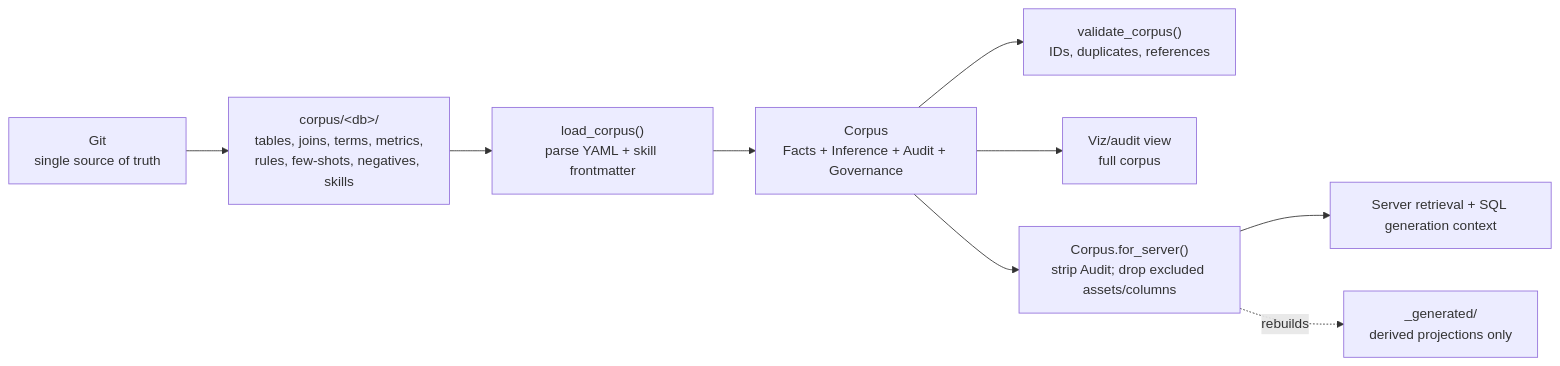
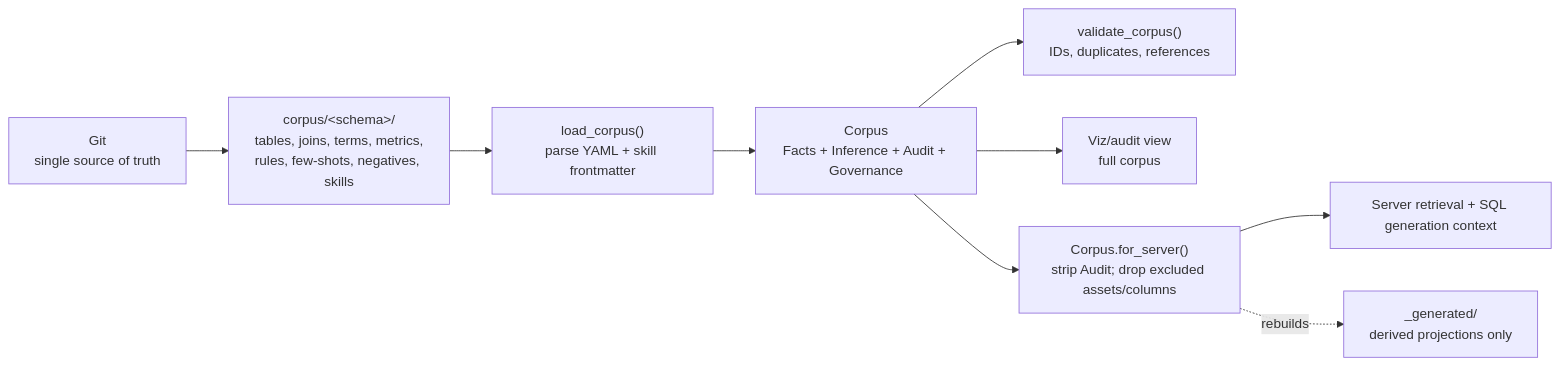
Before and after one commit to Minhao-Zhang/governed-bi: the first of 6 diagrams in docs/diagrams/corpus.zh.md, drawn with Mermaid. The commit also changed other lines of this file and 85 other files, not shown here.

First line of the commit message:
D15 increments 3-8: multi-schema serve, wire/schema rename, graph scope, router

````diff
--- a/docs/diagrams/corpus.zh.md
+++ b/docs/diagrams/corpus.zh.md
@@ -11,21 +11,21 @@
 ```mermaid
 flowchart LR
     Git["Git<br/>single source of truth"]
-    Files["corpus/&lt;db&gt;/<br/>tables, joins, terms, metrics,<br/>rules, few-shots, negatives, skills"]
+    Files["corpus/&lt;schema&gt;/<br/>tables, joins, terms, metrics,<br/>rules, few-shots, negatives, skills"]
     Loader["load_corpus()<br/>parse YAML + skill frontmatter"]
     FullCorpus["Corpus<br/>Facts + Inference + Audit + Governance"]
     Validator["validate_corpus()<br/>IDs, duplicates, references"]
     VizView["Viz/audit view<br/>full corpus"]
     ServerView["Corpus.for_server()<br/>strip Audit; drop excluded assets/columns"]
     Runtime["Server retrieval + SQL generation context"]
     Generated["_generated/<br/>derived projections only"]
 
     Git --> Files
     Files --> Loader
     Loader --> FullCorpus
     FullCorpus --> Validator
     FullCorpus --> VizView
     FullCorpus --> ServerView
     ServerView --> Runtime
     ServerView -. rebuilds .-> Generated
 ```
````
